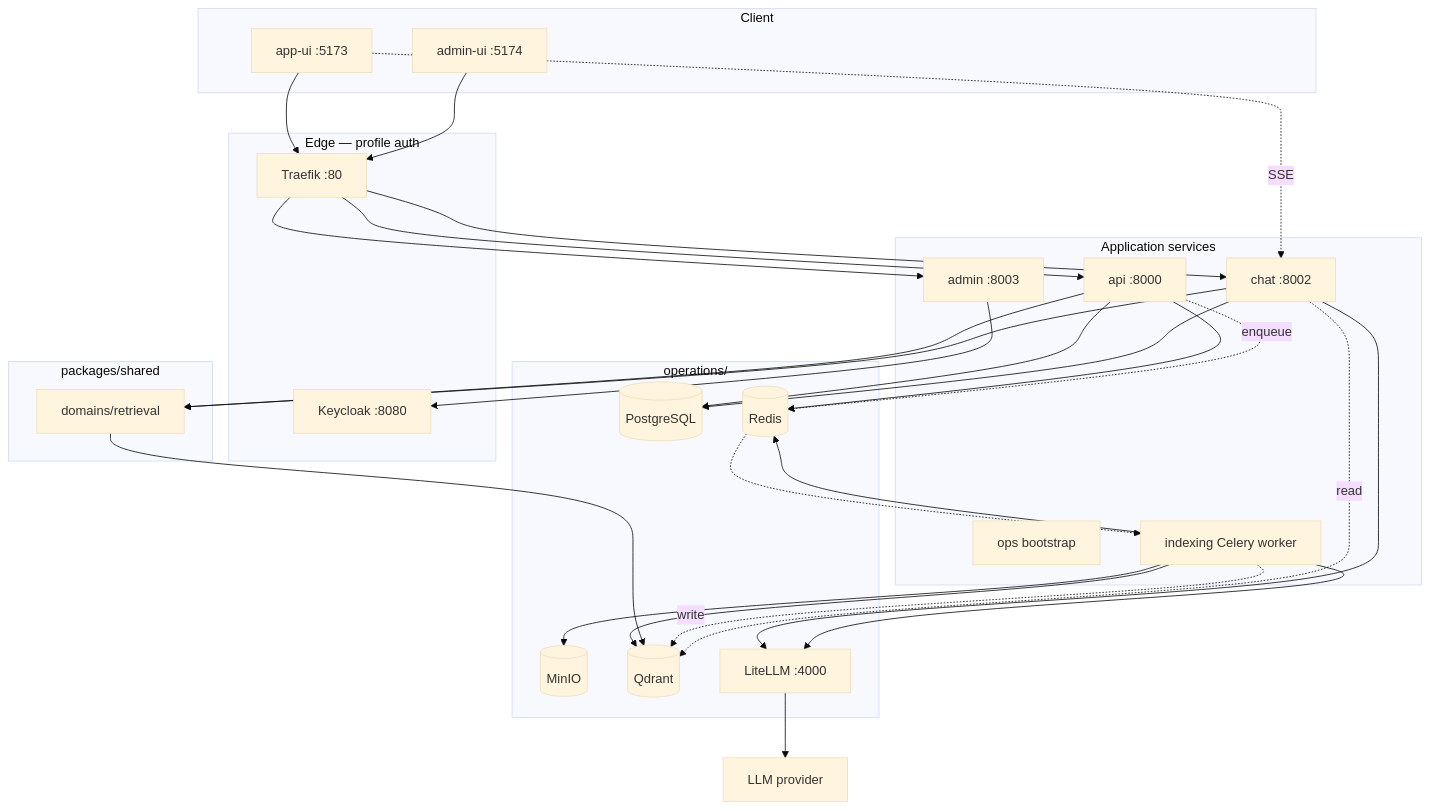
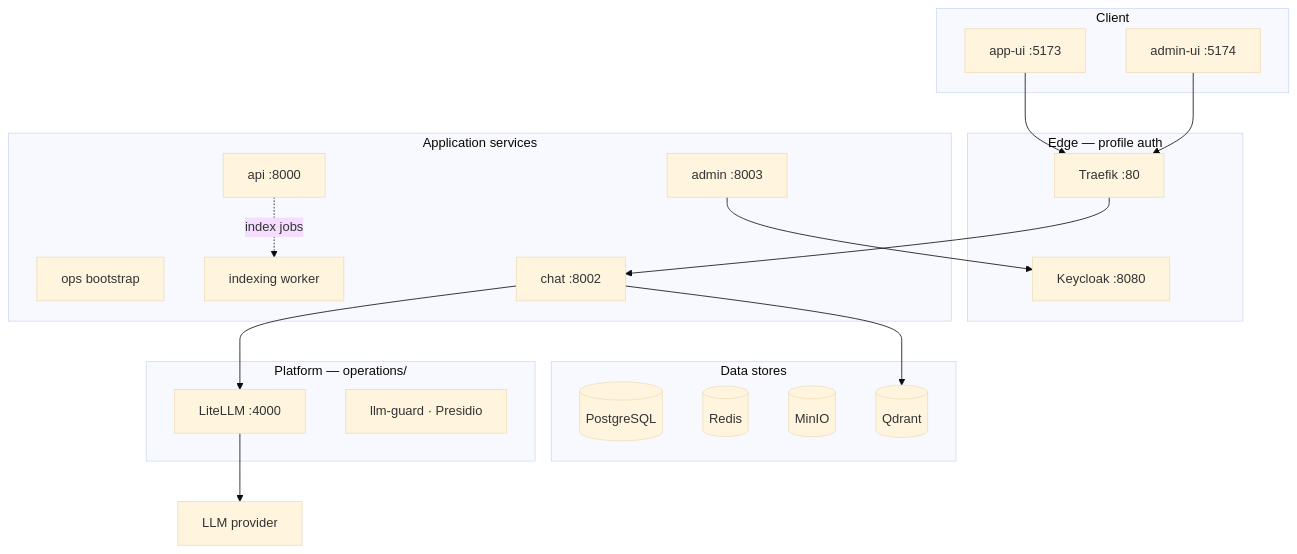
The diagram in README.md (krlybnd/squint-genai), drawn with Mermaid (base theme) before and after one commit. The commit also changed other lines of this file and 1 other file, not shown here.

Commit message:
docs: simplify L2 architecture diagram to minimal request path.
Keep all service boxes but reduce diagram edges; document guard, LiteLLM, and shared in prose.

````diff
--- a/README.md
+++ b/README.md
@@ -72,58 +72,44 @@
 ```mermaid
 flowchart TB
     subgraph client [Client]
         frontend["app-ui :5173"]
         admin_ui["admin-ui :5174"]
     end
 
     subgraph edge [Edge — profile auth]
         traefik["Traefik :80"]
         keycloak["Keycloak :8080"]
     end
 
     subgraph app [Application services]
         ops["ops bootstrap"]
         api["api :8000"]
         chat["chat :8002"]
         admin["admin :8003"]
-        indexing["indexing Celery worker"]
+        indexing["indexing worker"]
     end
 
-    subgraph shared [packages/shared]
-        retrieval["domains/retrieval"]
+    subgraph platform [Platform — operations/]
+        litellm["LiteLLM :4000"]
+        guard["llm-guard · Presidio"]
     end
 
-    subgraph data [operations/]
+    subgraph data [Data stores]
         postgres[("PostgreSQL")]
         redis[("Redis")]
         minio[("MinIO")]
         qdrant[("Qdrant")]
-        litellm["LiteLLM :4000"]
     end
 
-    llm["LLM provider"]
+    ext["LLM provider"]
 
     frontend --> traefik
     admin_ui --> traefik
-    traefik --> api
     traefik --> chat
-    traefik --> admin
-    api --> postgres
-    api --> redis
-    api --> retrieval
-    chat --> postgres
-    chat --> retrieval
+    admin --> keycloak
     chat --> litellm
-    admin --> keycloak
-    indexing --> redis
-    indexing --> minio
-    indexing --> qdrant
-    indexing --> litellm
-    retrieval --> qdrant
-    litellm --> llm
-    api -.->|"enqueue"| redis
-    redis -.-> indexing
-    indexing -.->|"write"| qdrant
-    chat -.->|"read"| qdrant
-    frontend -.->|"SSE"| chat
+    chat --> qdrant
+    litellm --> ext
+
+    api -.->|index jobs| indexing
 ```
````
